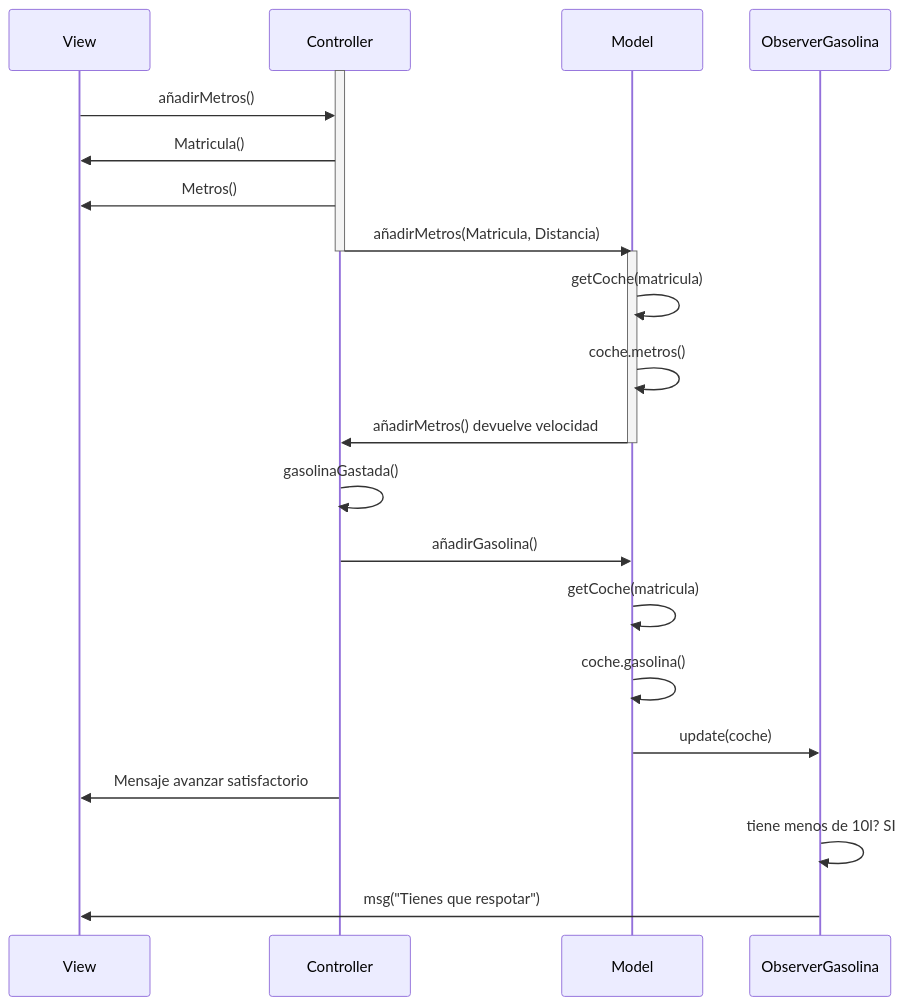
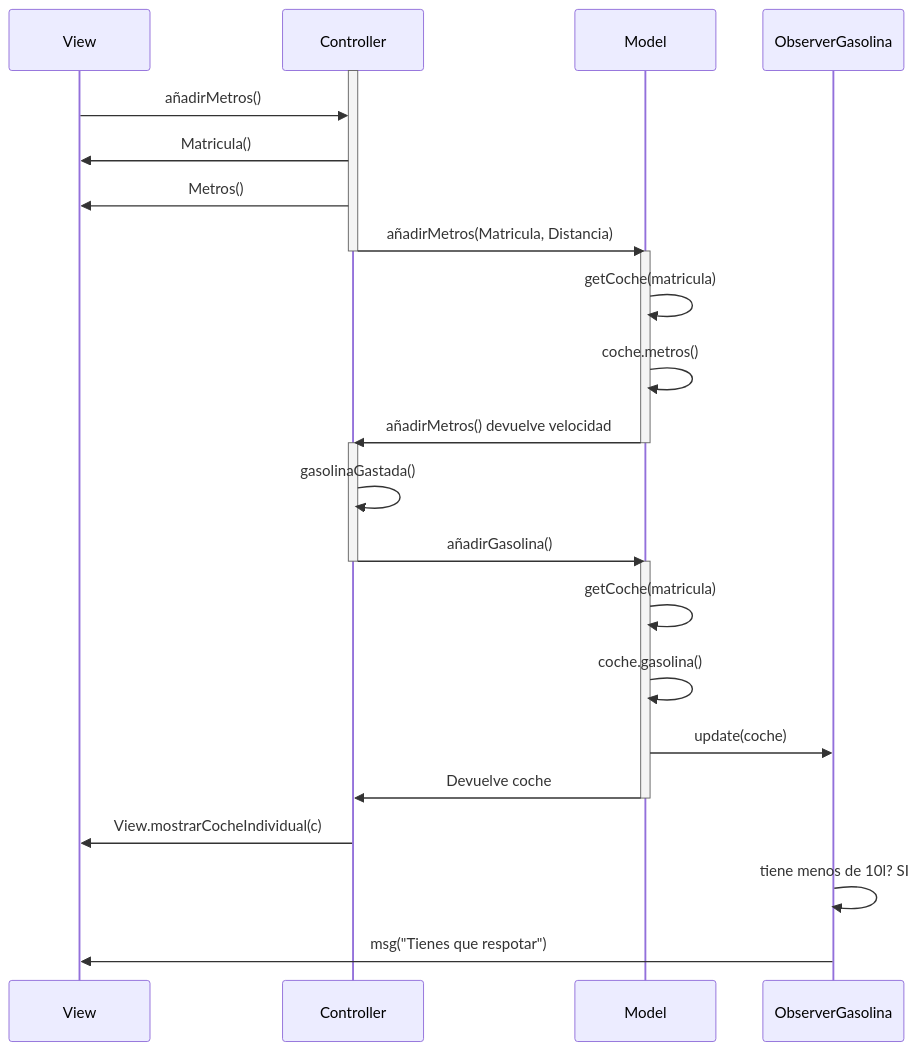
Before and after one commit to AlexandreSinisterra/COD-Coches: the diagram in README.md, drawn with Mermaid.

Commit message:
readme prueba1

````diff
--- a/README.md
+++ b/README.md
@@ -3,28 +3,33 @@
 ```mermaid
 
 sequenceDiagram
     participant View
     participant Controller
     participant Model
     participant ObserverGasolina
     activate Controller
     View ->> Controller: añadirMetros()
     Controller ->> View: Matricula()
     Controller ->> View: Metros()
     Controller ->> Model: añadirMetros(Matricula, Distancia)
     deactivate Controller
     activate Model
     Model ->> Model: getCoche(matricula)
     Model ->> Model: coche.metros()
     Model ->> Controller: añadirMetros() devuelve velocidad
     deactivate Model
+    activate Controller
     Controller ->> Controller: gasolinaGastada()
     Controller ->> Model: añadirGasolina()
+    deactivate Controller
+    activate Model
     Model ->> Model: getCoche(matricula)
     Model ->> Model: coche.gasolina()
     Model ->> ObserverGasolina: update(coche)
-    Controller ->> View: Mensaje avanzar satisfactorio
+    Model ->> Controller: Devuelve coche
+    deactivate Model
+    Controller ->> View: View.mostrarCocheIndividual(c);
     ObserverGasolina ->> ObserverGasolina: tiene menos de 10l? SI
     ObserverGasolina ->> View: msg("Tienes que respotar")
     
 ```
````
